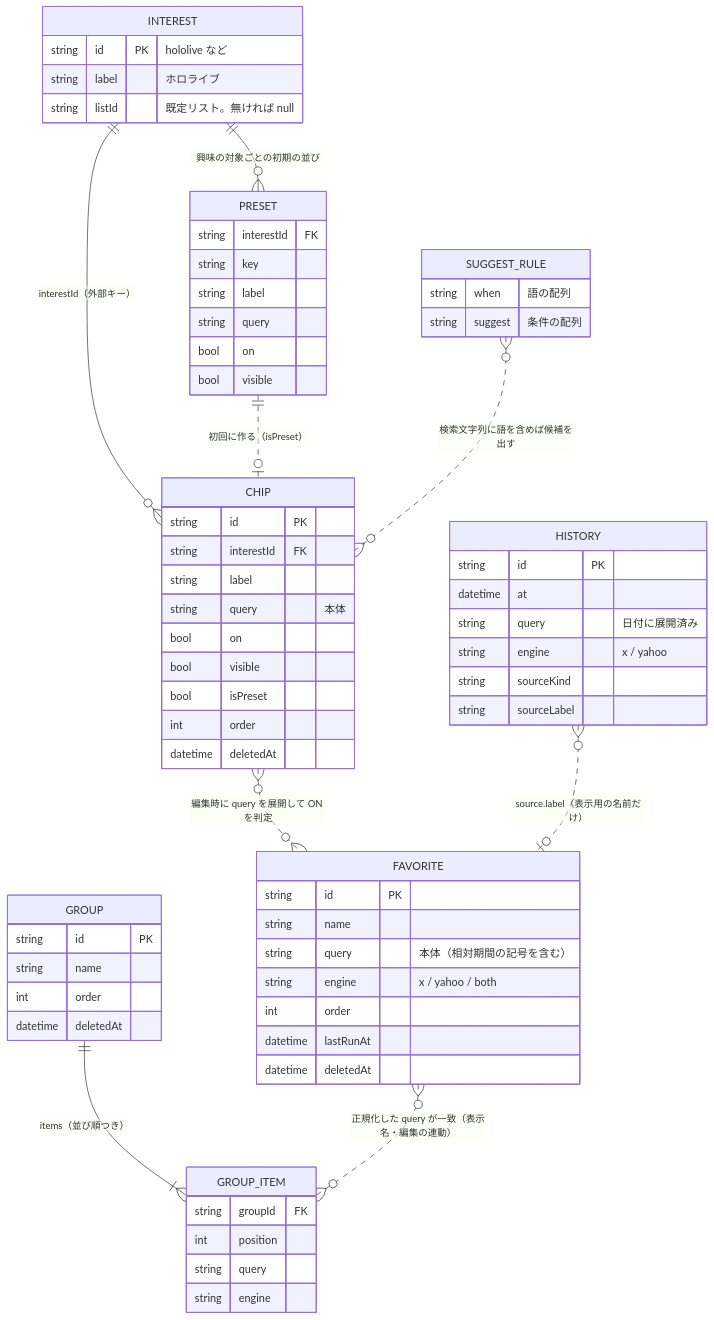
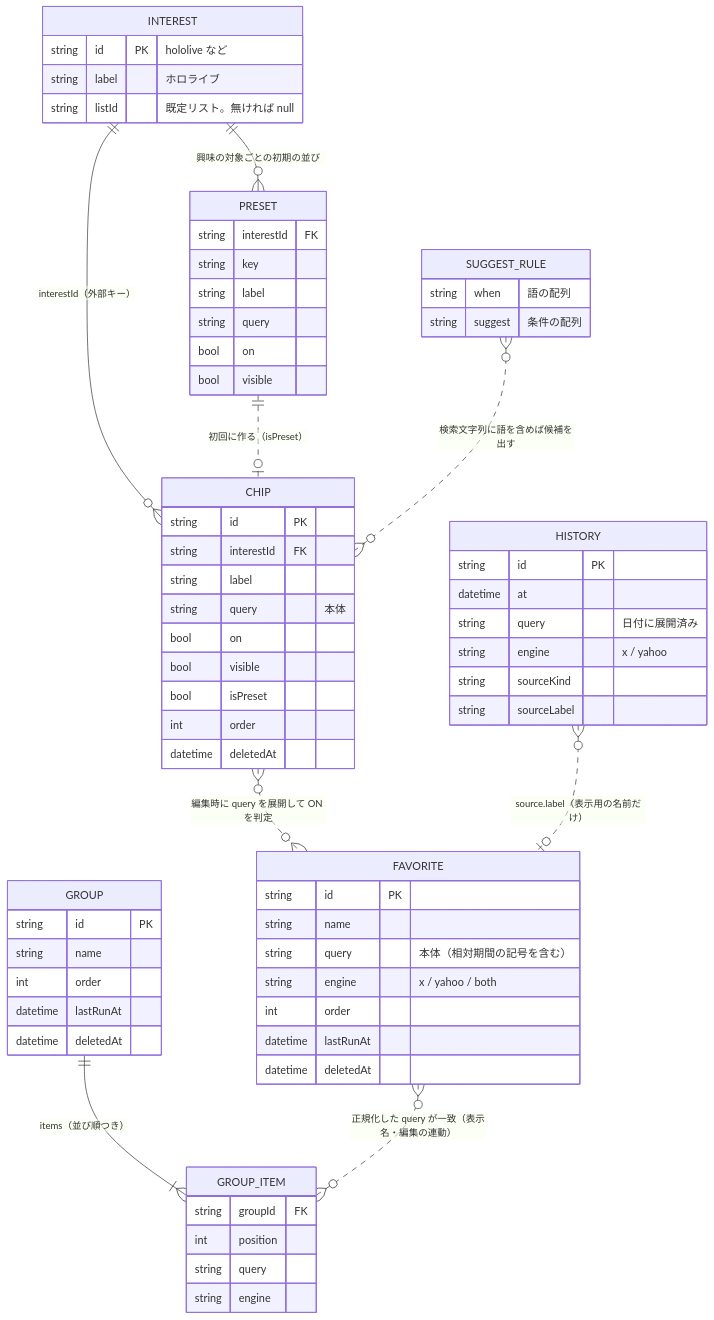
The second of 3 diagrams in docs/requirements.md (tanaka1313/egosearchX), drawn with Mermaid before and after one commit. The commit also changed other lines of this file and 4 other files, not shown here.

````diff
--- a/docs/requirements.md
+++ b/docs/requirements.md
@@ -331,69 +348,70 @@
 ```mermaid
 erDiagram
   INTEREST ||--o{ CHIP : "interestId（外部キー）"
   INTEREST ||--o{ PRESET : "興味の対象ごとの初期の並び"
   PRESET ||..o| CHIP : "初回に作る（isPreset）"
   GROUP ||--|{ GROUP_ITEM : "items（並び順つき）"
   FAVORITE }o..o{ GROUP_ITEM : "正規化した query が一致（表示名・編集の連動）"
   CHIP }o..o{ FAVORITE : "編集時に query を展開して ON を判定"
   SUGGEST_RULE }o..o{ CHIP : "検索文字列に語を含めば候補を出す"
   HISTORY }o..o| FAVORITE : "source.label（表示用の名前だけ）"
 
   INTEREST {
     string id PK "hololive など"
     string label "ホロライブ"
     string listId "既定リスト。無ければ null"
   }
   PRESET {
     string interestId FK
     string key
     string label
     string query
     bool on
     bool visible
   }
   CHIP {
     string id PK
     string interestId FK
     string label
     string query "本体"
     bool on
     bool visible
     bool isPreset
     int order
     datetime deletedAt
   }
   FAVORITE {
     string id PK
     string name
     string query "本体（相対期間の記号を含む）"
     string engine "x / yahoo / both"
     int order
     datetime lastRunAt
     datetime deletedAt
   }
   GROUP {
     string id PK
     string name
     int order
+    datetime lastRunAt
     datetime deletedAt
   }
   GROUP_ITEM {
     string groupId FK
     int position
     string query
     string engine
   }
   HISTORY {
     string id PK
     datetime at
     string query "日付に展開済み"
     string engine "x / yahoo"
     string sourceKind
     string sourceLabel
   }
   SUGGEST_RULE {
     string when "語の配列"
     string suggest "条件の配列"
   }
 ```
````
